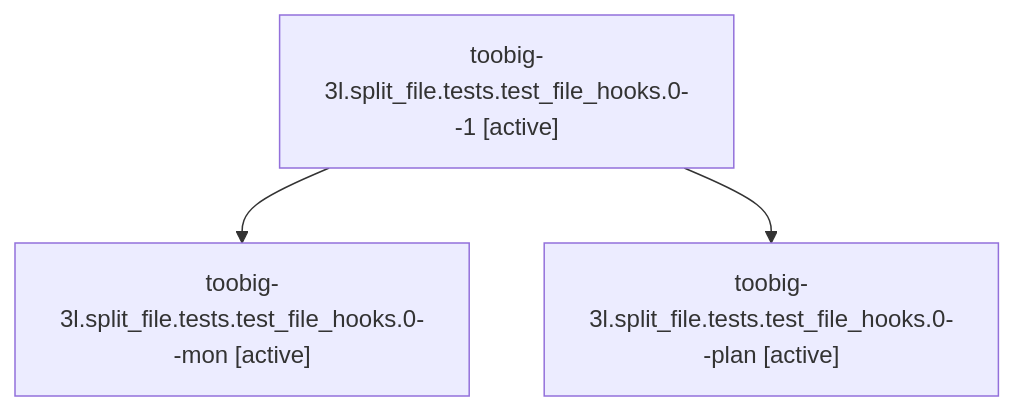
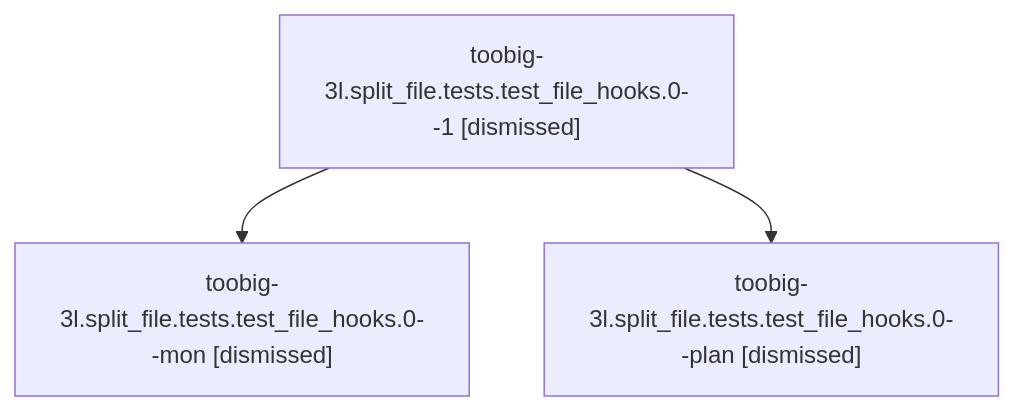
Before and after one commit to sase-org/sase--agents: the diagram in sessions/bbugyi200.athena.toobig-3l.split_file.tests.test_file_hooks.0.md, drawn with Mermaid. The commit also changed other lines of this file and 138 other files, not shown here.

````diff
--- a/sessions/bbugyi200.athena.toobig-3l.split_file.tests.test_file_hooks.0.md
+++ b/sessions/bbugyi200.athena.toobig-3l.split_file.tests.test_file_hooks.0.md
@@ -9,8 +9,8 @@
 ```mermaid
 flowchart TD
-  n0["toobig-3l.split_file.tests.test_file_hooks.0--1 [active]"]
-  n1["toobig-3l.split_file.tests.test_file_hooks.0--mon [active]"]
+  n0["toobig-3l.split_file.tests.test_file_hooks.0--1 [dismissed]"]
+  n1["toobig-3l.split_file.tests.test_file_hooks.0--mon [dismissed]"]
   n0 --> n1
-  n2["toobig-3l.split_file.tests.test_file_hooks.0--plan [active]"]
+  n2["toobig-3l.split_file.tests.test_file_hooks.0--plan [dismissed]"]
   n0 --> n2
 ```
````
